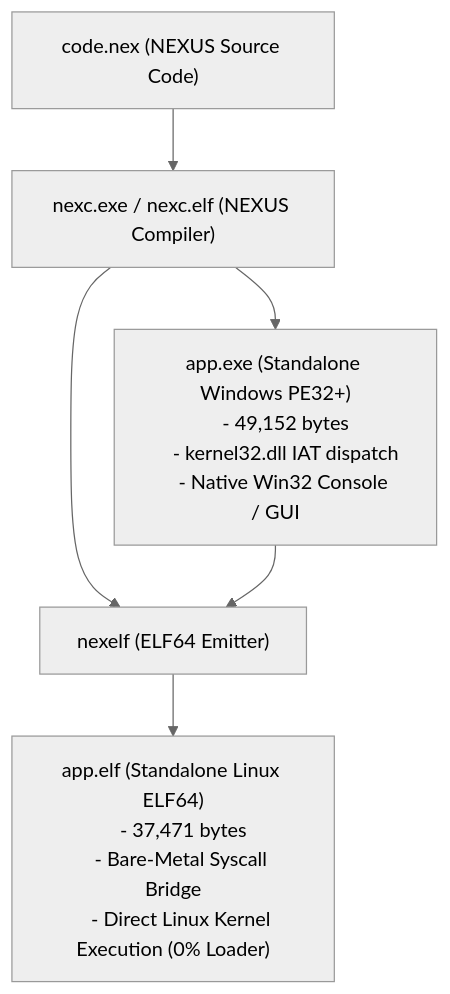
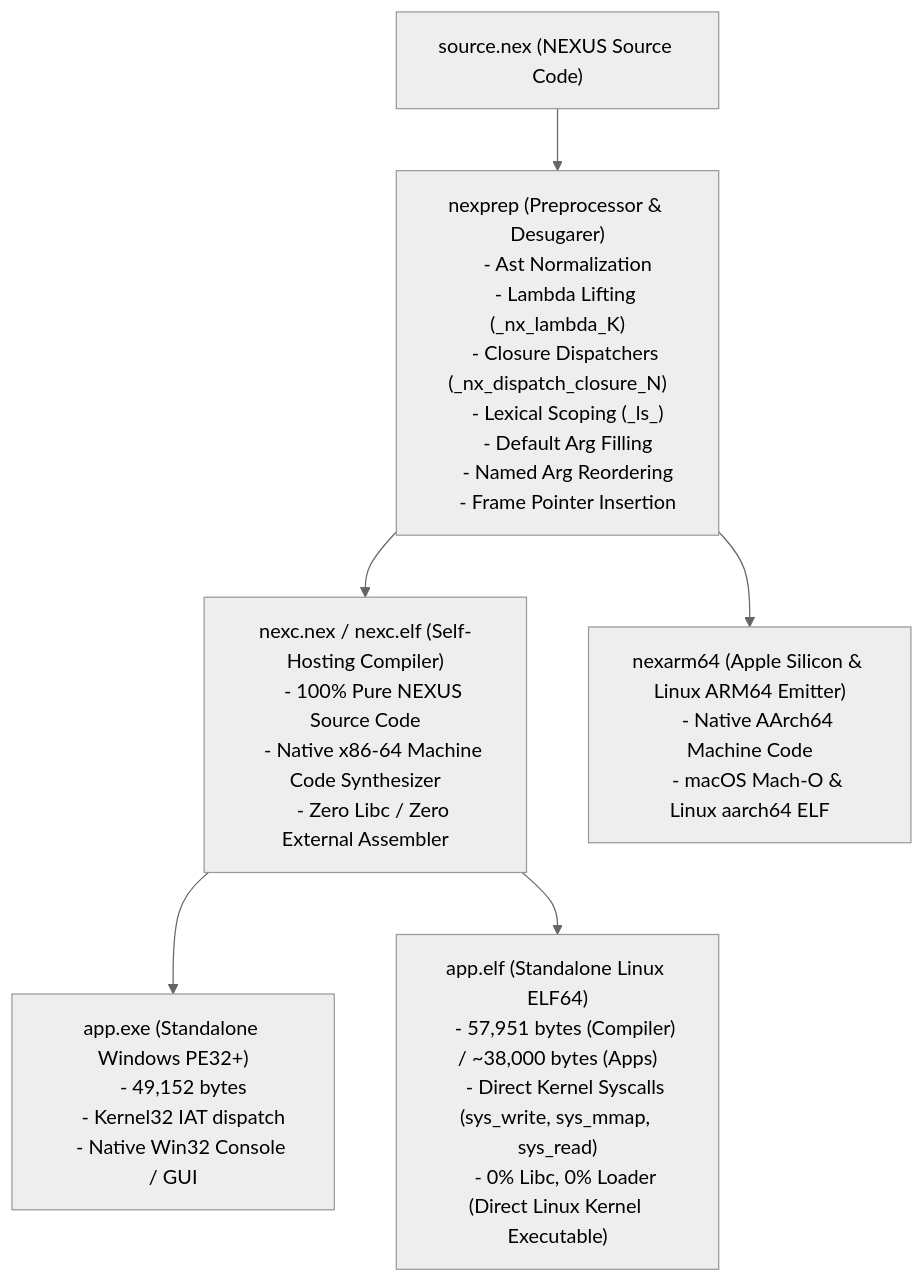
The diagram in README.md (TouchOfDeath/nexus), drawn with Mermaid (neutral theme) before and after one commit. The commit also changed other lines of this file and 3 other files, not shown here.

````diff
--- a/README.md
+++ b/README.md
@@ -290,14 +225,30 @@
 ```mermaid
 flowchart TD
-    SRC["code.nex (NEXUS Source Code)"] --> COMP["nexc.exe / nexc.elf (NEXUS Compiler)"]
-    COMP --> PE["app.exe (Standalone Windows PE32+)
+    SRC["source.nex (NEXUS Source Code)"] --> PREP["nexprep (Preprocessor & Desugarer)
+    - Ast Normalization
+    - Lambda Lifting (_nx_lambda_K)
+    - Closure Dispatchers (_nx_dispatch_closure_N)
+    - Lexical Scoping (_ls_)
+    - Default Arg Filling
+    - Named Arg Reordering
+    - Frame Pointer Insertion"]
+    
+    PREP --> NEXC["nexc.nex / nexc.elf (Self-Hosting Compiler)
+    - 100% Pure NEXUS Source Code
+    - Native x86-64 Machine Code Synthesizer
+    - Zero Libc / Zero External Assembler"]
+    
+    NEXC --> PE["app.exe (Standalone Windows PE32+)
     - 49,152 bytes
-    - kernel32.dll IAT dispatch
+    - Kernel32 IAT dispatch
     - Native Win32 Console / GUI"]
-    COMP --> ELF_TOOL["nexelf (ELF64 Emitter)"]
-    PE --> ELF_TOOL
-    ELF_TOOL --> ELF["app.elf (Standalone Linux ELF64)
-    - 37,471 bytes
-    - Bare-Metal Syscall Bridge
-    - Direct Linux Kernel Execution (0% Loader)"]
+    
+    NEXC --> ELF["app.elf (Standalone Linux ELF64)
+    - 57,951 bytes (Compiler) / ~38,000 bytes (Apps)
+    - Direct Kernel Syscalls (sys_write, sys_mmap, sys_read)
+    - 0% Libc, 0% Loader (Direct Linux Kernel Executable)"]
+    
+    PREP --> ARM["nexarm64 (Apple Silicon & Linux ARM64 Emitter)
+    - Native AArch64 Machine Code
+    - macOS Mach-O & Linux aarch64 ELF"]
 ```
````
